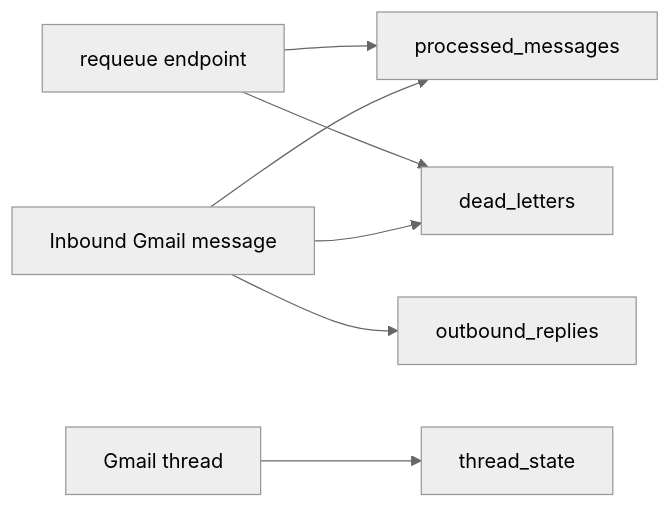
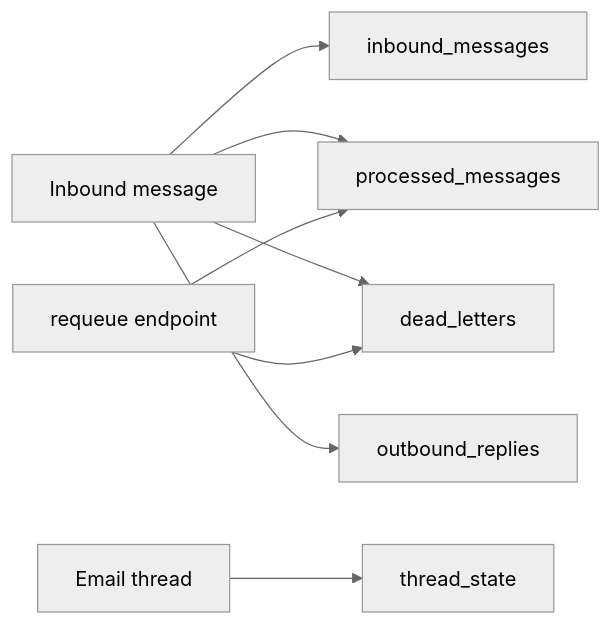
One commit to LunarMothStudios/Canna-Mailroom changed the second of 2 diagrams in docs/data-model.md. Above: the diagram before and after it, drawn with Mermaid (neutral theme). The commit also changed other lines of this file and 30 other files, not shown here.

````diff
--- a/docs/data-model.md
+++ b/docs/data-model.md
@@ -130,9 +168,10 @@
 ```mermaid
 flowchart LR
-    Inbound["Inbound Gmail message"] --> Processed["processed_messages"]
+    Inbound["Inbound message"] --> Snapshot["inbound_messages"]
+    Inbound --> Processed["processed_messages"]
     Inbound --> Dead["dead_letters"]
     Inbound --> Outbound["outbound_replies"]
-    Thread["Gmail thread"] --> ThreadState["thread_state"]
+    Thread["Email thread"] --> ThreadState["thread_state"]
     Operator["requeue endpoint"] --> Dead
     Operator --> Processed
 ```
````
